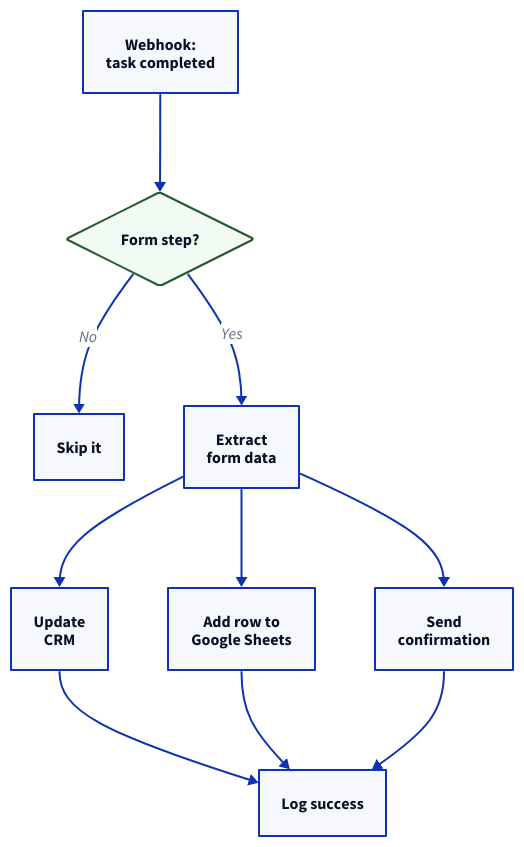
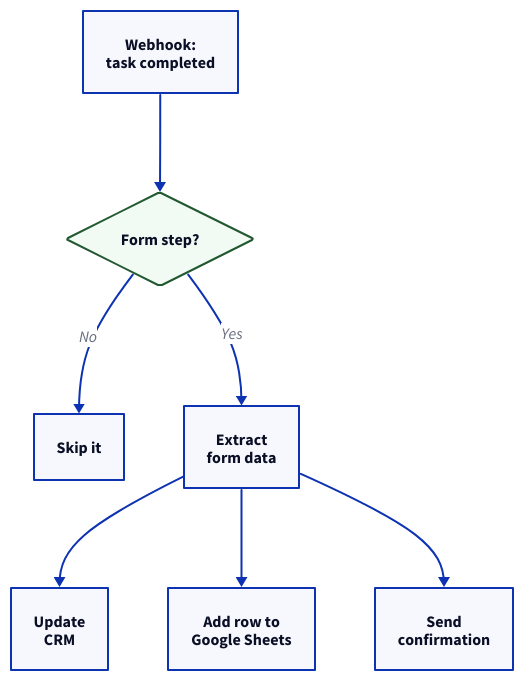
One commit to tallyfy/documentation changed the diagram in src/content/docs/pro/integrations/middleware/n8n/common-n8n-workflow-examples.mdx. Above: the diagram before and after it, drawn with D2. The commit also changed 9 other files, not shown here.

First line of the commit message:
Take the four diagram reviews' small fixes

````diff
--- a/src/content/docs/pro/integrations/middleware/n8n/common-n8n-workflow-examples.mdx
+++ b/src/content/docs/pro/integrations/middleware/n8n/common-n8n-workflow-examples.mdx
@@ -100,27 +100,23 @@
 ```d2
 # n8n workflow: one completed form updates three systems
 direction: down
 
 Start: "Webhook:\ntask completed"
 Check: "Form step?" {
   shape: diamond
   style.fill: "#f2faf4"
   style.stroke: "#225930"
 }
 Skip: "Skip it"
 Extract: "Extract\nform data"
 CRM: "Update\nCRM"
 Sheets: "Add row to\nGoogle Sheets"
 Email: "Send\nconfirmation"
-Success: "Log success"
 
 Start -> Check
 Check -> Extract: "Yes"
 Check -> Skip: "No"
 Extract -> CRM
 Extract -> Sheets
 Extract -> Email
-CRM -> Success
-Sheets -> Success
-Email -> Success
 ```
````
